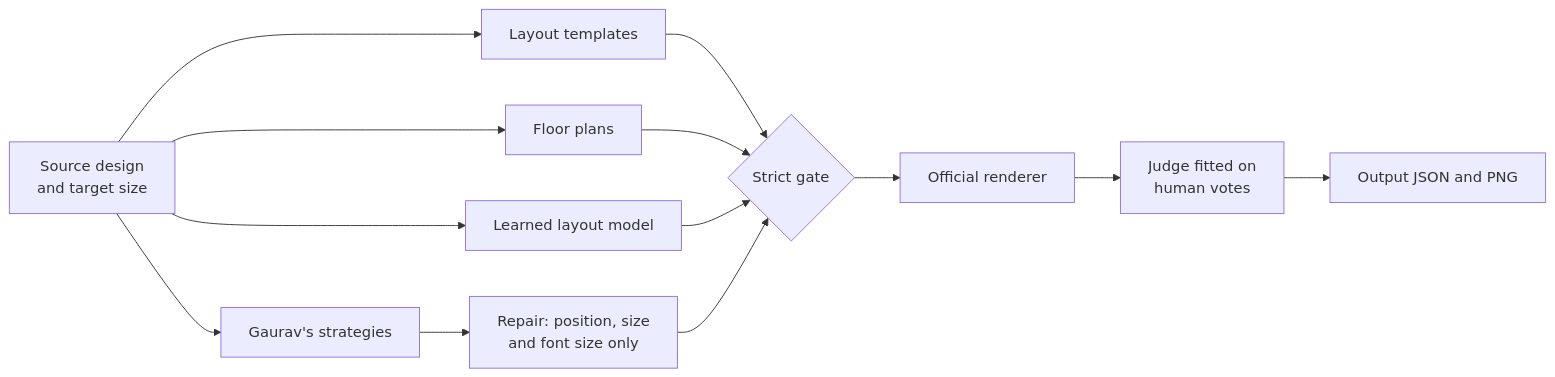
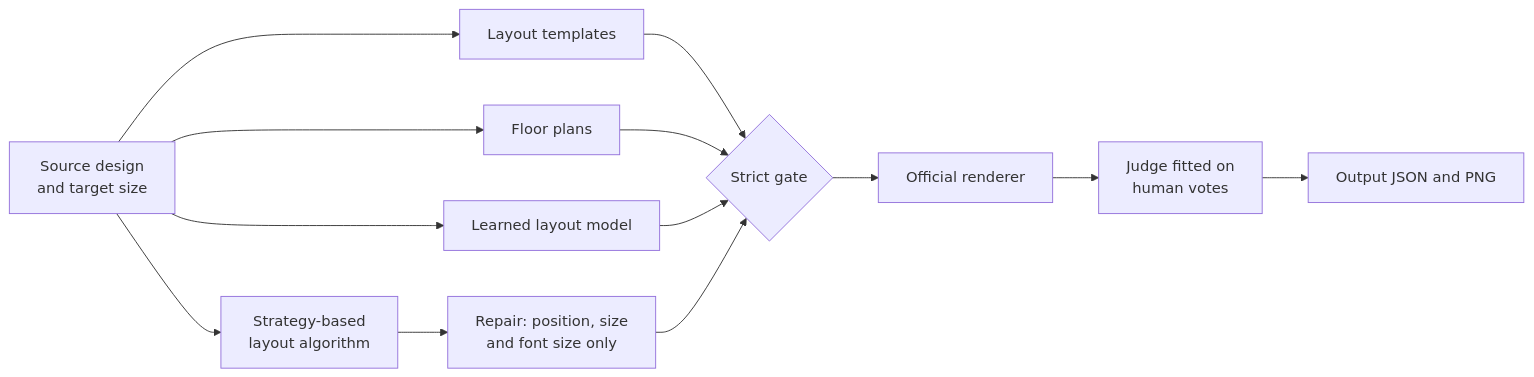
One commit to pranayjoshi/adobe-hackathon changed the diagram in README.md. Above: the diagram before and after it, drawn with Mermaid. The commit also changed other lines of this file, not shown here.

Commit message:
Credit the team, name the strategy algorithm, and spell out setup.

````diff
--- a/README.md
+++ b/README.md
@@ -68,15 +74,15 @@
 ```mermaid
 flowchart LR
     A[Source design<br>and target size] --> B[Layout templates]
     A --> C[Floor plans]
     A --> D[Learned layout model]
-    A --> E[Gaurav's strategies]
+    A --> E[Strategy-based<br>layout algorithm]
     E --> F[Repair: position, size<br>and font size only]
     B --> G{Strict gate}
     C --> G
     D --> G
     F --> G
     G --> H[Official renderer]
     H --> I[Judge fitted on<br>human votes]
     I --> J[Output JSON and PNG]
 ```
````
